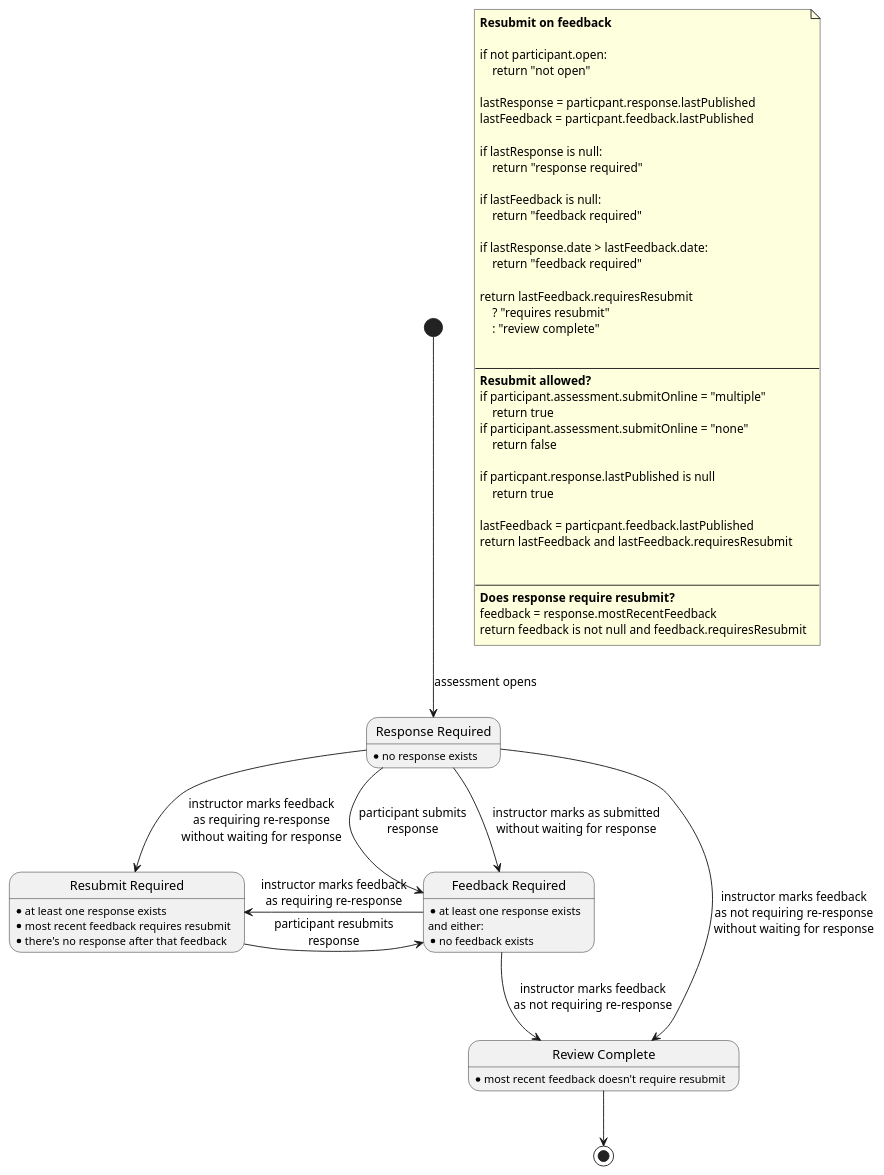
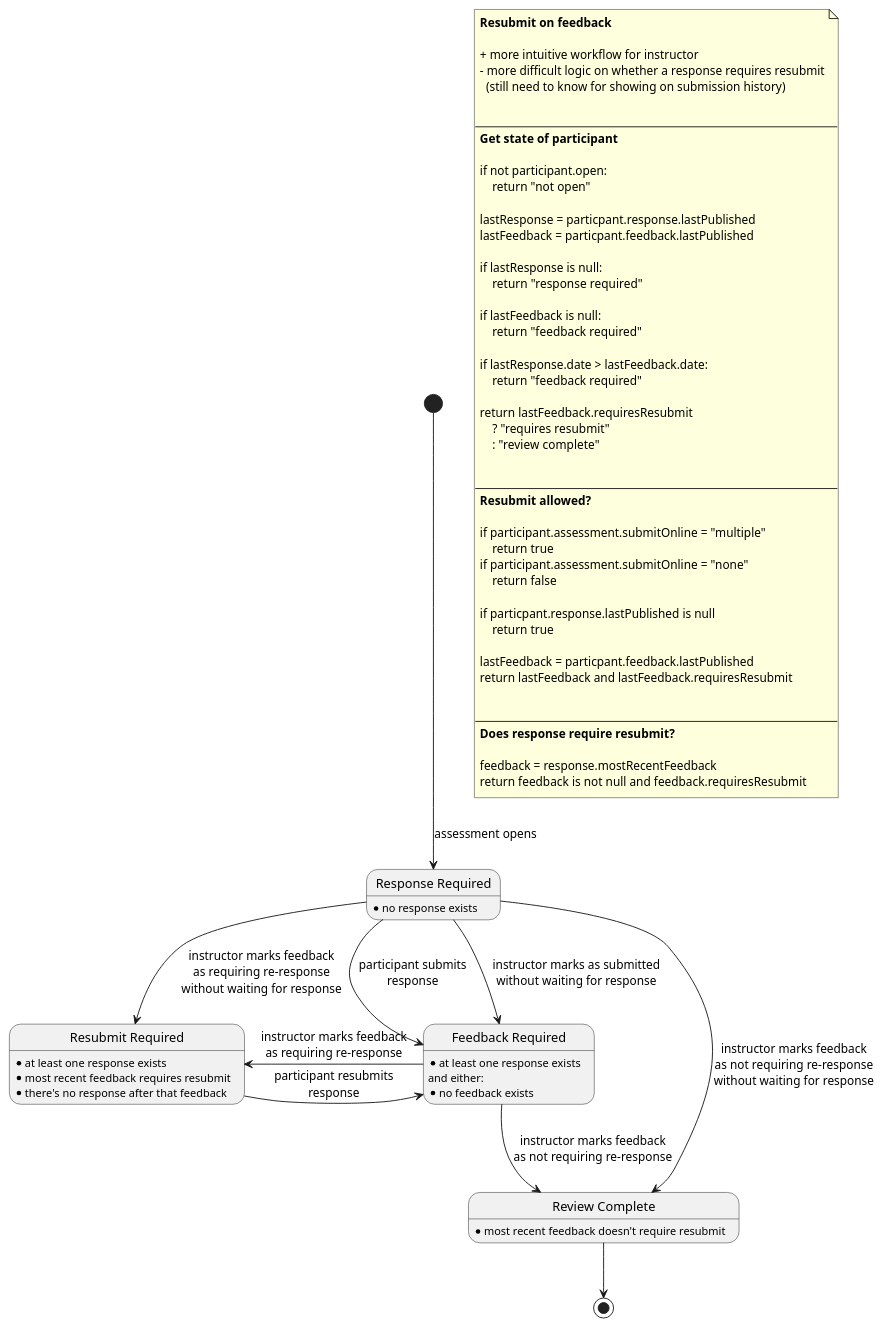
One commit to juliaattrevisan/schoolbox-api-docs changed the second of 2 diagrams in library/Schoolbox/Learning/Assessment/DueWork/state-diagram.plantuml. Above: the diagram before and after it, drawn with PlantUML. The commit also changed other lines of this file, not shown here.

Commit message:
Move plus/minus points into PlantUML doc [SA-9500]

```diff
--- a/library/Schoolbox/Learning/Assessment/DueWork/state-diagram.plantuml
+++ b/library/Schoolbox/Learning/Assessment/DueWork/state-diagram.plantuml
@@ -76,76 +85,86 @@
 @startuml
 
 note as n1
     <b>Resubmit on feedback</b>
+
+    + more intuitive workflow for instructor
+    - more difficult logic on whether a response requires resubmit
+      (still need to know for showing on submission history)
+
+
+    ----
+    <b>Get state of participant</b>
 
     if not participant.open:
         return "not open"
 
     lastResponse = particpant.response.lastPublished
     lastFeedback = particpant.feedback.lastPublished
 
     if lastResponse is null:
         return "response required"
 
     if lastFeedback is null:
         return "feedback required"
 
     if lastResponse.date > lastFeedback.date:
         return "feedback required"
 
     return lastFeedback.requiresResubmit
         ? "requires resubmit"
         : "review complete"
 
 
     ----
     <b>Resubmit allowed?</b>
+
     if participant.assessment.submitOnline = "multiple"
         return true
     if participant.assessment.submitOnline = "none"
         return false
 
     if particpant.response.lastPublished is null
         return true
 
     lastFeedback = particpant.feedback.lastPublished
     return lastFeedback and lastFeedback.requiresResubmit
 
 
     ----
     <b>Does response require resubmit?</b>
+
     feedback = response.mostRecentFeedback
     return feedback is not null and feedback.requiresResubmit
 end note
 
 state "Response Required" as RR
 RR : \
 * no response exists
 
 state "Feedback Required" as FR
 FR : \
 * at least one response exists\n\
 and either:\n\
 * no feedback exists
 
 state "Review Complete" as RC
 RC : \
 * most recent feedback doesn't require resubmit
 
 state "Resubmit Required" as RS
 RS : \
 * at least one response exists\n\
 * most recent feedback requires resubmit\n\
 * there's no response after that feedback
 
 [*] --> RR : assessment opens
 RR --> FR  : participant submits\nresponse
 RR --> FR  : instructor marks as submitted\nwithout waiting for response
 RR --> RC  : instructor marks feedback\nas not requiring re-response\nwithout waiting for response
 RR --> RS  : instructor marks feedback\nas requiring re-response\nwithout waiting for response
 FR --> RC  : instructor marks feedback\nas not requiring re-response
 FR -left-> RS : instructor marks feedback\nas requiring re-response
 RS -right-> FR  : participant resubmits\nresponse
 RC --> [*]
 
 @enduml
```
